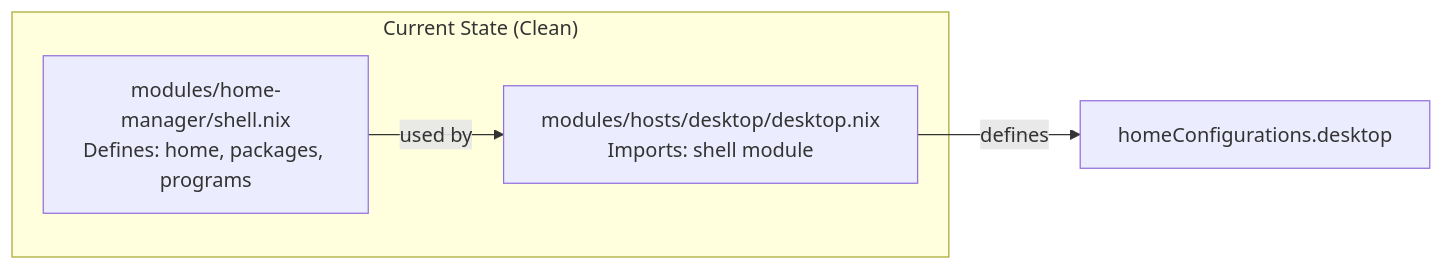
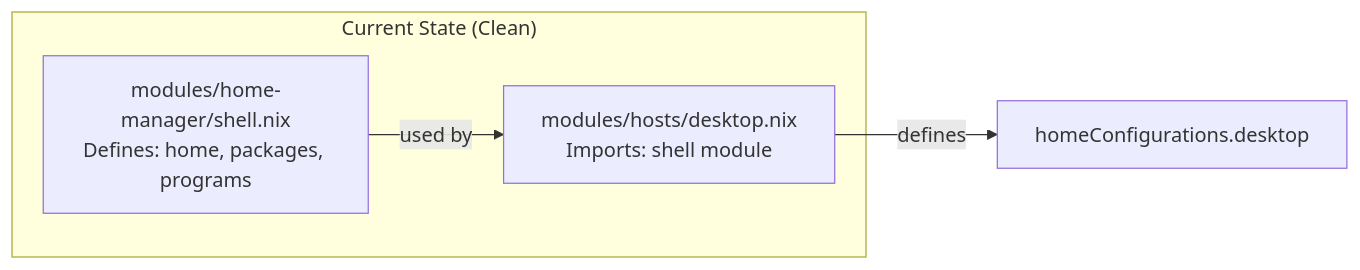
One commit to mxapd/nixos changed the third of 3 diagrams in docs/architecture.md. Above: the diagram before and after it, drawn with Mermaid. The commit also changed other lines of this file, not shown here.

First line of the commit message:
docs(architecture): update for flat host structure

````diff
--- a/docs/architecture.md
+++ b/docs/architecture.md
@@ -161,10 +160,10 @@
 ```mermaid
 flowchart LR
     subgraph "Current State (Clean)"
         A["modules/home-manager/shell.nix<br/>Defines: home, packages, programs"]
-        B["modules/hosts/desktop/desktop.nix<br/>Imports: shell module"]
+        B["modules/hosts/desktop.nix<br/>Imports: shell module"]
     end
     
     A -->|used by| B
     B -->|defines| C["homeConfigurations.desktop"]
 ```
````
